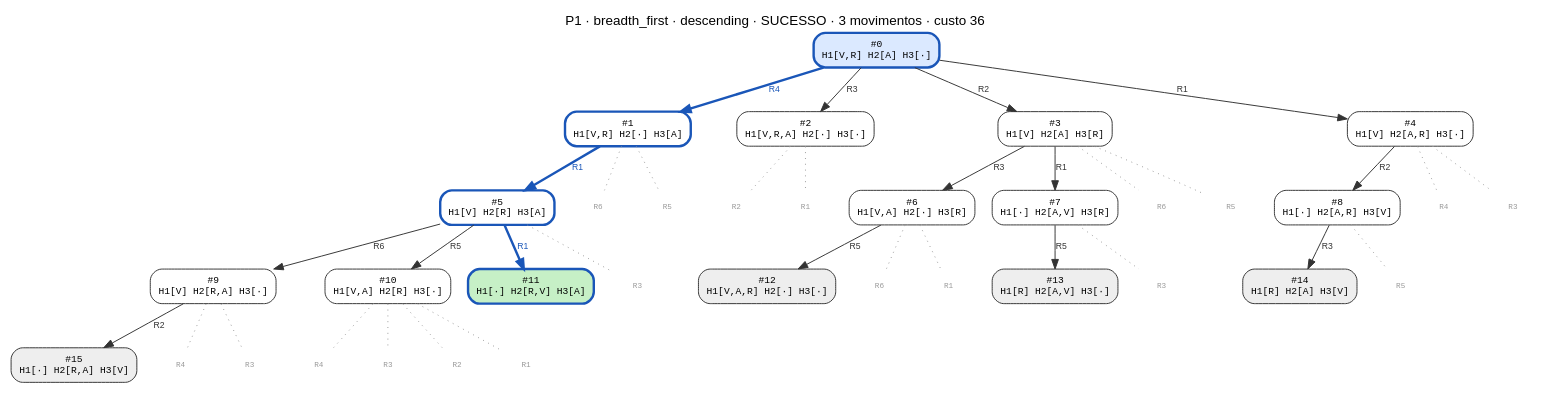
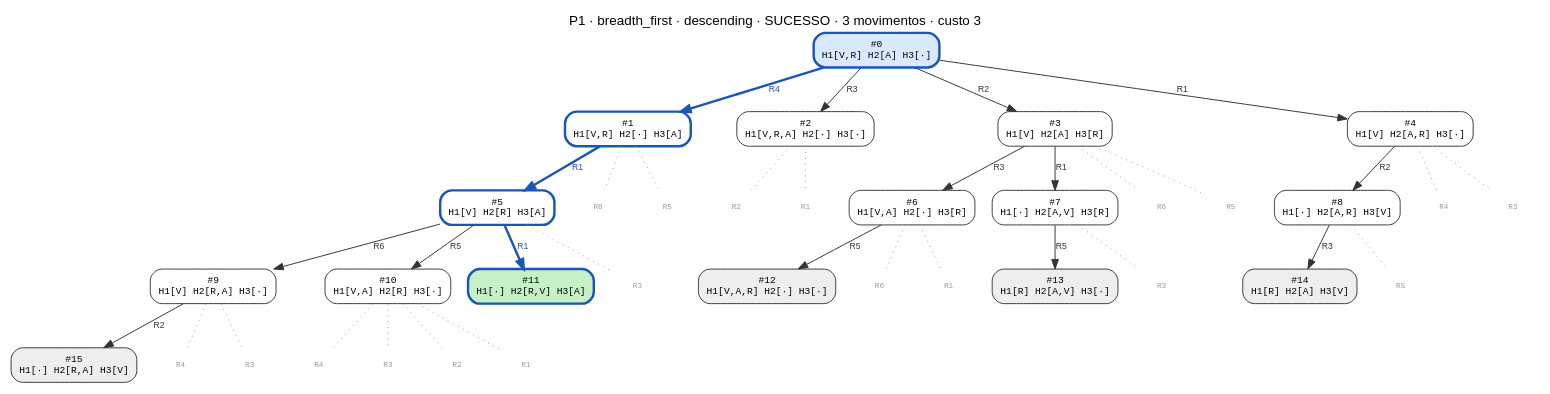
One commit to CharlesLB/dcc-014-trabalho-1 changed the diagram in data/P1/breadth_first_descending.dot. Above: the diagram before and after it, drawn with Graphviz. The commit also changed 17 other files, not shown here.

Commit message:
Regenerate the search-tree graphs with unit move cost and the greedy search

```diff
--- a/data/P1/breadth_first_descending.dot
+++ b/data/P1/breadth_first_descending.dot
@@ -1,74 +1,74 @@
 digraph search {
-  label="P1 · breadth_first · descending · SUCESSO · 3 movimentos · custo 36"; labelloc=t; fontname="Helvetica";
+  label="P1 · breadth_first · descending · SUCESSO · 3 movimentos · custo 3"; labelloc=t; fontname="Helvetica";
   node [shape=box, style="rounded,filled", fontname="monospace", fontsize=10];
   edge [fontname="Helvetica", fontsize=9];
   n0 [label="#0\nH1[V,R] H2[A] H3[·]", fillcolor="#dbe9ff", color="#1a56b8", penwidth=2.5];
   n1 [label="#1\nH1[V,R] H2[·] H3[A]", fillcolor="#ffffff", color="#1a56b8", penwidth=2.5];
   n0 -> n1 [label="R4", color="#1a56b8", fontcolor="#1a56b8", penwidth=2.5];
   n2 [label="#2\nH1[V,R,A] H2[·] H3[·]", fillcolor="#ffffff", color="#333333", penwidth=1];
   n0 -> n2 [label="R3", color="#333333", fontcolor="#333333", penwidth=1];
   n3 [label="#3\nH1[V] H2[A] H3[R]", fillcolor="#ffffff", color="#333333", penwidth=1];
   n0 -> n3 [label="R2", color="#333333", fontcolor="#333333", penwidth=1];
   n4 [label="#4\nH1[V] H2[A,R] H3[·]", fillcolor="#ffffff", color="#333333", penwidth=1];
   n0 -> n4 [label="R1", color="#333333", fontcolor="#333333", penwidth=1];
   n5 [label="#5\nH1[V] H2[R] H3[A]", fillcolor="#ffffff", color="#1a56b8", penwidth=2.5];
   n1 -> n5 [label="R1", color="#1a56b8", fontcolor="#1a56b8", penwidth=2.5];
   n6 [label="#6\nH1[V,A] H2[·] H3[R]", fillcolor="#ffffff", color="#333333", penwidth=1];
   n3 -> n6 [label="R3", color="#333333", fontcolor="#333333", penwidth=1];
   n7 [label="#7\nH1[·] H2[A,V] H3[R]", fillcolor="#ffffff", color="#333333", penwidth=1];
   n3 -> n7 [label="R1", color="#333333", fontcolor="#333333", penwidth=1];
   n8 [label="#8\nH1[·] H2[A,R] H3[V]", fillcolor="#ffffff", color="#333333", penwidth=1];
   n4 -> n8 [label="R2", color="#333333", fontcolor="#333333", penwidth=1];
   n9 [label="#9\nH1[V] H2[R,A] H3[·]", fillcolor="#ffffff", color="#333333", penwidth=1];
   n5 -> n9 [label="R6", color="#333333", fontcolor="#333333", penwidth=1];
   n10 [label="#10\nH1[V,A] H2[R] H3[·]", fillcolor="#ffffff", color="#333333", penwidth=1];
   n5 -> n10 [label="R5", color="#333333", fontcolor="#333333", penwidth=1];
   n11 [label="#11\nH1[·] H2[R,V] H3[A]", fillcolor="#c6f0c6", color="#1a56b8", penwidth=2.5];
   n5 -> n11 [label="R1", color="#1a56b8", fontcolor="#1a56b8", penwidth=2.5];
   n12 [label="#12\nH1[V,A,R] H2[·] H3[·]", fillcolor="#eeeeee", color="#333333", penwidth=1];
   n6 -> n12 [label="R5", color="#333333", fontcolor="#333333", penwidth=1];
   n13 [label="#13\nH1[R] H2[A,V] H3[·]", fillcolor="#eeeeee", color="#333333", penwidth=1];
   n7 -> n13 [label="R5", color="#333333", fontcolor="#333333", penwidth=1];
   n14 [label="#14\nH1[R] H2[A] H3[V]", fillcolor="#eeeeee", color="#333333", penwidth=1];
   n8 -> n14 [label="R3", color="#333333", fontcolor="#333333", penwidth=1];
   n15 [label="#15\nH1[·] H2[R,A] H3[V]", fillcolor="#eeeeee", color="#333333", penwidth=1];
   n9 -> n15 [label="R2", color="#333333", fontcolor="#333333", penwidth=1];
   p1_R6 [label="R6", shape=plaintext, style=solid, fontcolor="#999999", fontsize=8];
   n1 -> p1_R6 [style=dotted, color="#999999", arrowhead=none];
   p1_R5 [label="R5", shape=plaintext, style=solid, fontcolor="#999999", fontsize=8];
   n1 -> p1_R5 [style=dotted, color="#999999", arrowhead=none];
   p2_R2 [label="R2", shape=plaintext, style=solid, fontcolor="#999999", fontsize=8];
   n2 -> p2_R2 [style=dotted, color="#999999", arrowhead=none];
   p2_R1 [label="R1", shape=plaintext, style=solid, fontcolor="#999999", fontsize=8];
   n2 -> p2_R1 [style=dotted, color="#999999", arrowhead=none];
   p3_R6 [label="R6", shape=plaintext, style=solid, fontcolor="#999999", fontsize=8];
   n3 -> p3_R6 [style=dotted, color="#999999", arrowhead=none];
   p3_R5 [label="R5", shape=plaintext, style=solid, fontcolor="#999999", fontsize=8];
   n3 -> p3_R5 [style=dotted, color="#999999", arrowhead=none];
   p4_R4 [label="R4", shape=plaintext, style=solid, fontcolor="#999999", fontsize=8];
   n4 -> p4_R4 [style=dotted, color="#999999", arrowhead=none];
   p4_R3 [label="R3", shape=plaintext, style=solid, fontcolor="#999999", fontsize=8];
   n4 -> p4_R3 [style=dotted, color="#999999", arrowhead=none];
   p5_R3 [label="R3", shape=plaintext, style=solid, fontcolor="#999999", fontsize=8];
   n5 -> p5_R3 [style=dotted, color="#999999", arrowhead=none];
   p6_R6 [label="R6", shape=plaintext, style=solid, fontcolor="#999999", fontsize=8];
   n6 -> p6_R6 [style=dotted, color="#999999", arrowhead=none];
   p6_R1 [label="R1", shape=plaintext, style=solid, fontcolor="#999999", fontsize=8];
   n6 -> p6_R1 [style=dotted, color="#999999", arrowhead=none];
   p7_R3 [label="R3", shape=plaintext, style=solid, fontcolor="#999999", fontsize=8];
   n7 -> p7_R3 [style=dotted, color="#999999", arrowhead=none];
   p8_R5 [label="R5", shape=plaintext, style=solid, fontcolor="#999999", fontsize=8];
   n8 -> p8_R5 [style=dotted, color="#999999", arrowhead=none];
   p9_R4 [label="R4", shape=plaintext, style=solid, fontcolor="#999999", fontsize=8];
   n9 -> p9_R4 [style=dotted, color="#999999", arrowhead=none];
   p9_R3 [label="R3", shape=plaintext, style=solid, fontcolor="#999999", fontsize=8];
   n9 -> p9_R3 [style=dotted, color="#999999", arrowhead=none];
   p10_R4 [label="R4", shape=plaintext, style=solid, fontcolor="#999999", fontsize=8];
   n10 -> p10_R4 [style=dotted, color="#999999", arrowhead=none];
   p10_R3 [label="R3", shape=plaintext, style=solid, fontcolor="#999999", fontsize=8];
   n10 -> p10_R3 [style=dotted, color="#999999", arrowhead=none];
   p10_R2 [label="R2", shape=plaintext, style=solid, fontcolor="#999999", fontsize=8];
   n10 -> p10_R2 [style=dotted, color="#999999", arrowhead=none];
   p10_R1 [label="R1", shape=plaintext, style=solid, fontcolor="#999999", fontsize=8];
   n10 -> p10_R1 [style=dotted, color="#999999", arrowhead=none];
 }
```
